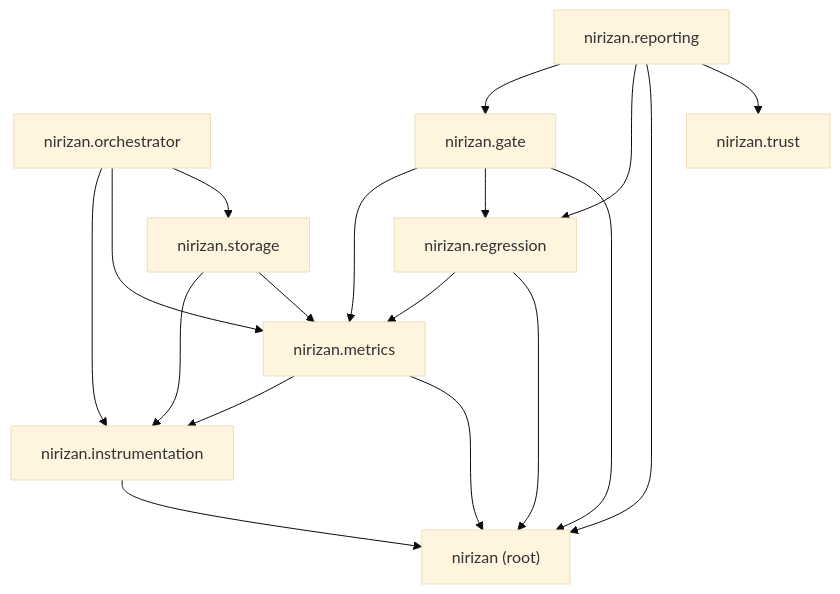
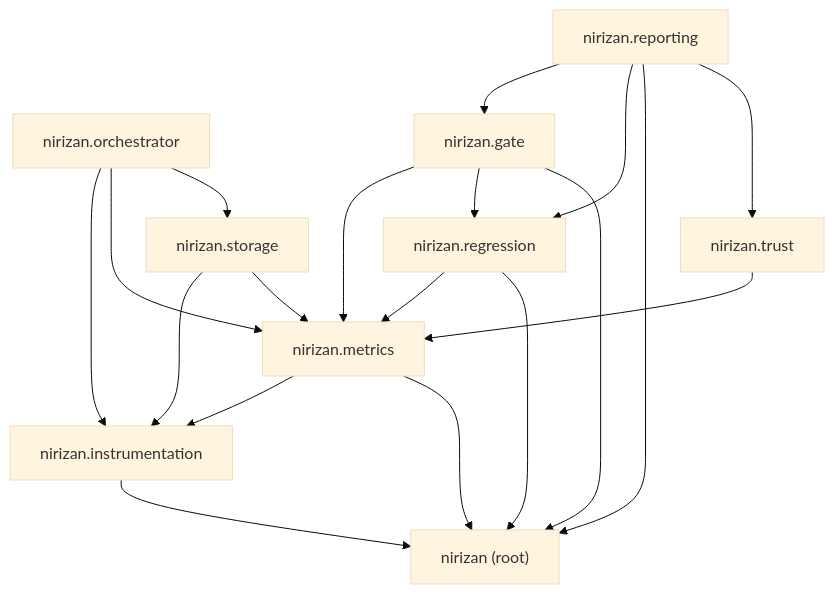
The diagram in docs/dependency-graph.md (Red1-Rahman/NiriZan), drawn with Mermaid (base theme) before and after one commit. The commit also changed other lines of this file, not shown here.

Commit message:
docs: regenerate dependency graph (#44)

````diff
--- a/docs/dependency-graph.md
+++ b/docs/dependency-graph.md
@@ -11,29 +11,30 @@
 ```mermaid
 flowchart TB
     root["nirizan (root)"]
     instrumentation["nirizan.instrumentation"]
     orchestrator["nirizan.orchestrator"]
     metrics["nirizan.metrics"]
     trust["nirizan.trust"]
     storage["nirizan.storage"]
     regression["nirizan.regression"]
     gate["nirizan.gate"]
     reporting["nirizan.reporting"]
     gate --> metrics
     gate --> regression
     gate --> root
     instrumentation --> root
     metrics --> instrumentation
     metrics --> root
     orchestrator --> instrumentation
     orchestrator --> metrics
     orchestrator --> storage
     regression --> metrics
     regression --> root
     reporting --> gate
     reporting --> regression
     reporting --> root
     reporting --> trust
     storage --> instrumentation
     storage --> metrics
+    trust --> metrics
 ```
````
